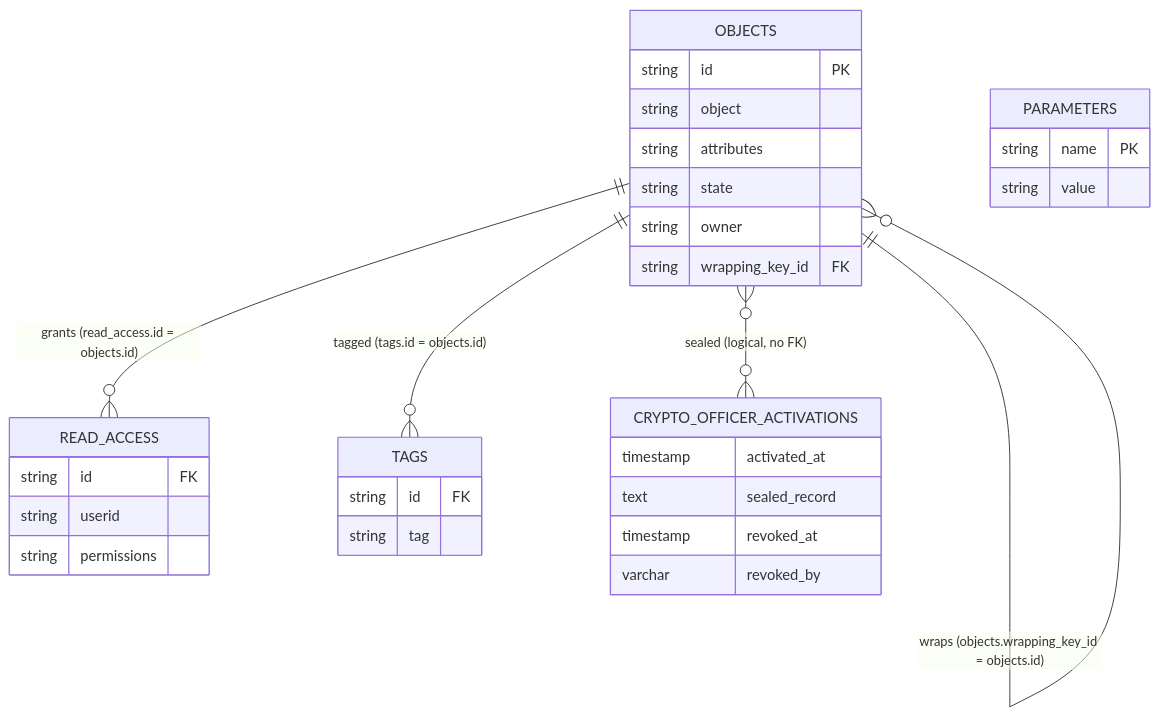
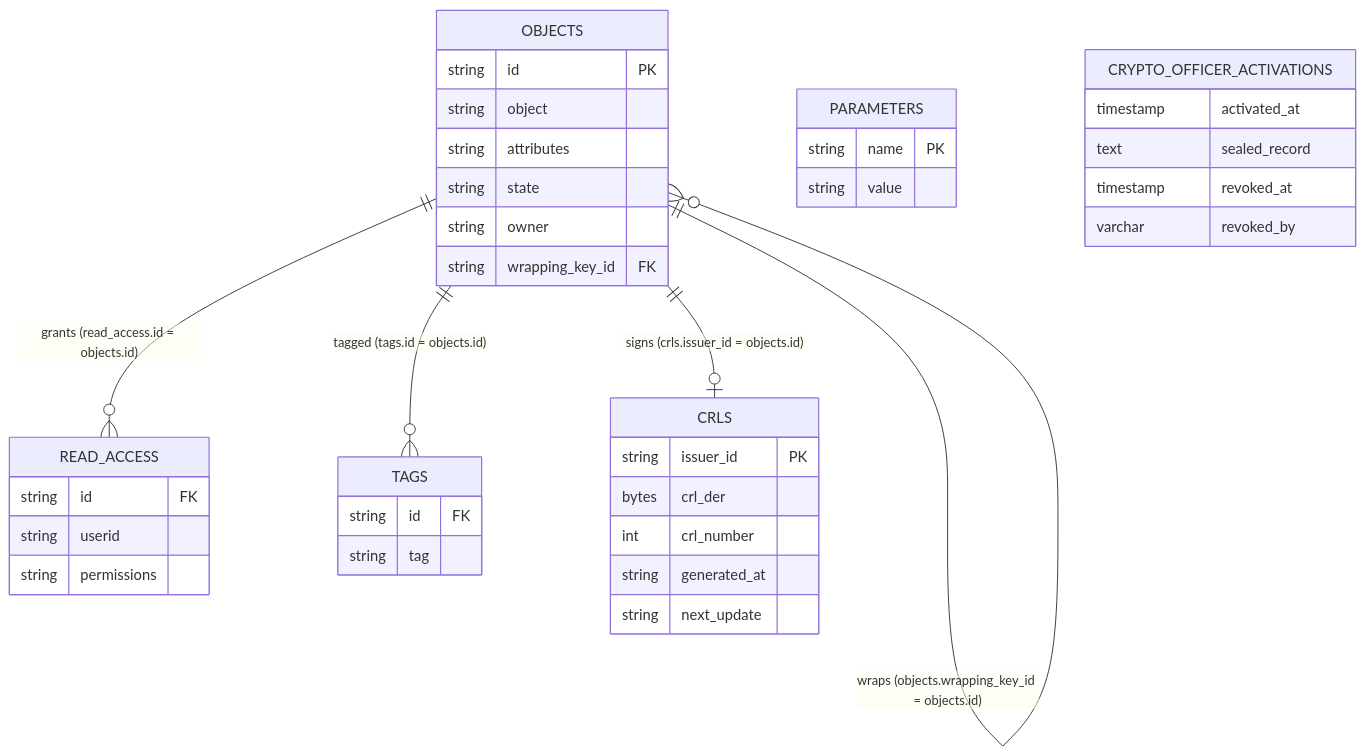
One commit to Cosmian/kms changed the diagram in documentation/docs/configuration/database/tables.md. Above: the diagram before and after it, drawn with Mermaid. The commit also changed other lines of this file and 76 other files, not shown here.

````diff
--- a/documentation/docs/configuration/database/tables.md
+++ b/documentation/docs/configuration/database/tables.md
@@ -22,34 +23,41 @@
 ```mermaid
 erDiagram
     OBJECTS ||--o{ READ_ACCESS : "grants (read_access.id = objects.id)"
     OBJECTS ||--o{ TAGS : "tagged (tags.id = objects.id)"
     OBJECTS ||--o{ OBJECTS : "wraps (objects.wrapping_key_id = objects.id)"
-    OBJECTS }o--o{ CRYPTO_OFFICER_ACTIVATIONS : "sealed (logical, no FK)"
+    OBJECTS ||--o| CRLS : "signs (crls.issuer_id = objects.id)"
     PARAMETERS {
         string name PK
         string value
     }
     OBJECTS {
         string id PK
         string object
         string attributes
         string state
         string owner
         string wrapping_key_id FK
     }
     READ_ACCESS {
         string id FK
         string userid
         string permissions
     }
     TAGS {
         string id FK
         string tag
     }
+    CRLS {
+        string issuer_id PK
+        bytes  crl_der
+        int    crl_number
+        string generated_at
+        string next_update
+    }
     CRYPTO_OFFICER_ACTIVATIONS {
         timestamp activated_at
         text sealed_record
         timestamp revoked_at
         varchar revoked_by
     }
 ```
````
